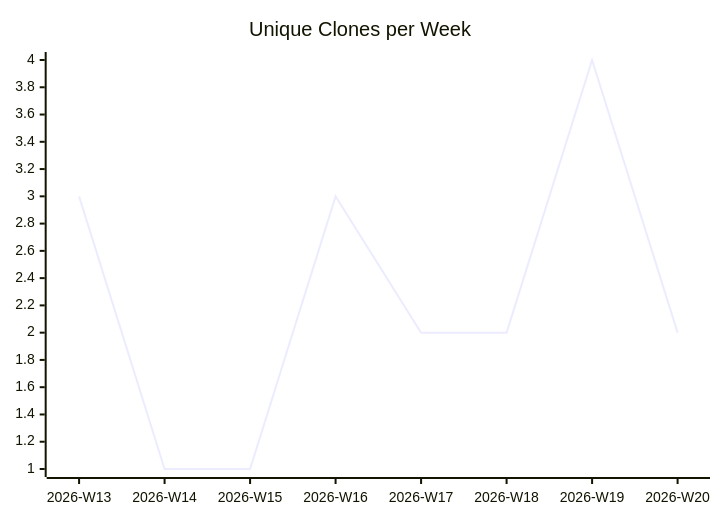
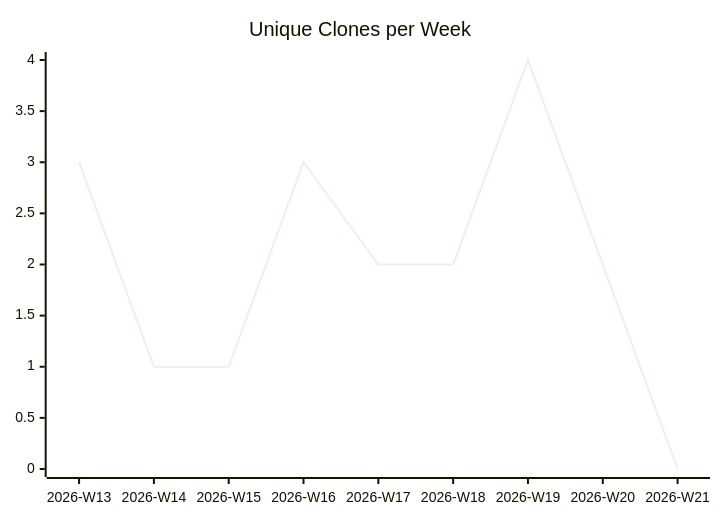
The third of 3 diagrams in karlmdavis/perfect-note/README.md (justdavis-family/github-analytics-data), drawn with Mermaid before and after one commit. The commit also changed other lines of this file and 189 other files, not shown here.

````diff
--- a/karlmdavis/perfect-note/README.md
+++ b/karlmdavis/perfect-note/README.md
@@ -19,6 +19,6 @@
 ```mermaid
 xychart-beta
   title "Unique Clones per Week"
-  x-axis ["2026-W13", "2026-W14", "2026-W15", "2026-W16", "2026-W17", "2026-W18", "2026-W19", "2026-W20"]
-  line [3, 1, 1, 3, 2, 2, 4, 2]
+  x-axis ["2026-W13", "2026-W14", "2026-W15", "2026-W16", "2026-W17", "2026-W18", "2026-W19", "2026-W20", "2026-W21"]
+  line [3, 1, 1, 3, 2, 2, 4, 2, 0]
 ```
````
